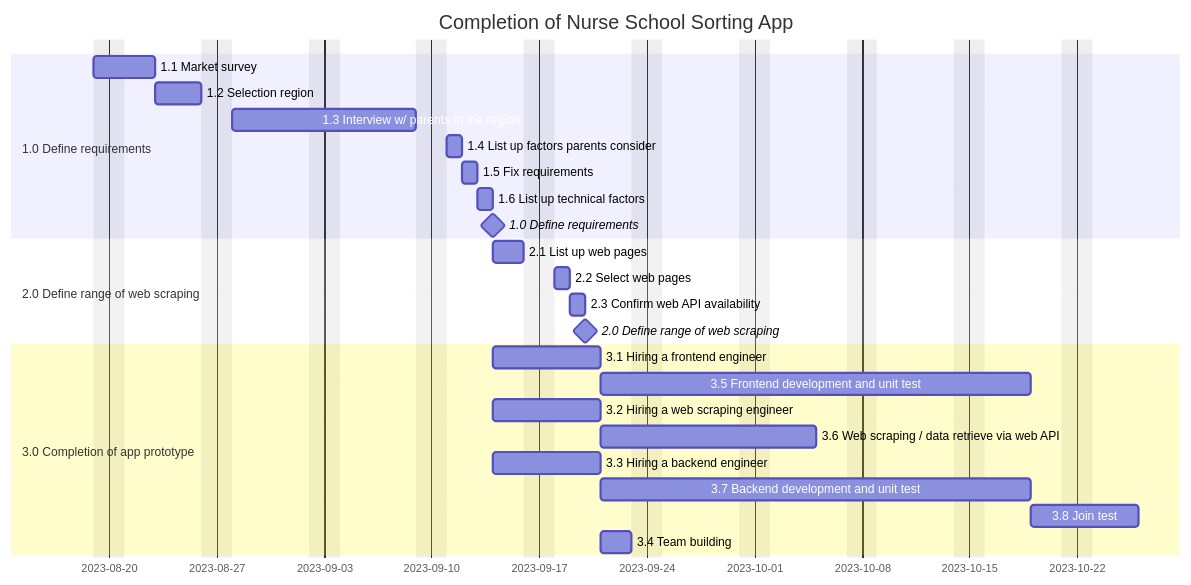
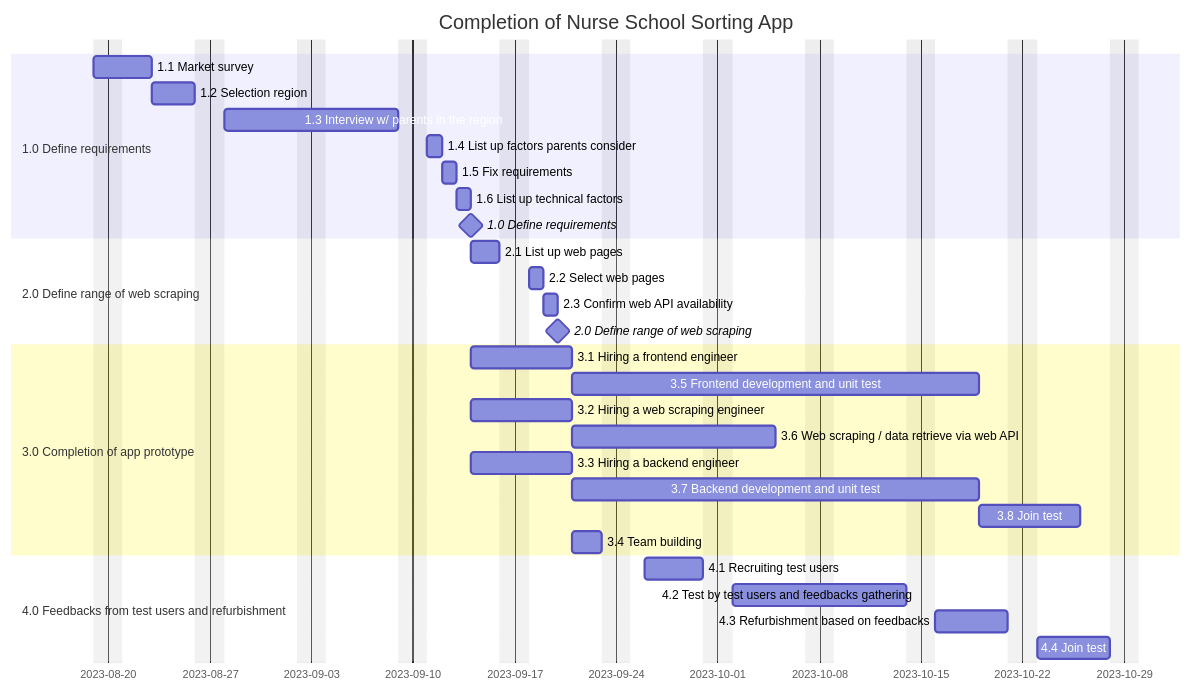
The third of 4 diagrams in README.md (riow1983/Coursera-PMP), drawn with Mermaid before and after one commit.

````diff
--- a/README.md
+++ b/README.md
@@ -166,32 +166,38 @@
 ```mermaid
 gantt
   dateFormat  YYYY-MM-DD
   title       Completion of Nurse School Sorting App
   excludes    weekends
 
   section 1.0 Define requirements
   1.1 Market survey        :2023-08-19, 3d
   1.2 Selection region :3d
   1.3 Interview w/ parents in the region  :10d
   1.4 List up factors parents consider: 1d
   1.5 Fix requirements: 1d
   1.6 List up technical factors: 0.5d
   1.0 Define requirements     :milestone, 0d
 
   section 2.0 Define range of web scraping
   2.1 List up web pages      :2023-09-14, 2d
   2.2 Select web pages      :1d
   2.3 Confirm web API availability     :1d
   2.0 Define range of web scraping: milestone, 0d
 
   section 3.0 Completion of app prototype
   3.1 Hiring a frontend engineer: 2023-09-14, 5d
   3.5 Frontend development and unit test: 20d
   3.2 Hiring a web scraping engineer: 2023-09-14, 5d
   3.6 Web scraping / data retrieve via web API: 10d
   3.3 Hiring a backend engineer: a, 2023-09-14, 5d
   3.7 Backend development and unit test: 20d
   3.8 Join test: 5d
   3.4 Team building: after a, 2d
+
+  section 4.0 Feedbacks from test users and refurbishment
+  4.1 Recruiting test users: 2023-09-26, 4d
+  4.2 Test by test users and feedbacks gathering: 10d
+  4.3 Refurbishment based on feedbacks: 5d
+  4.4 Join test: 5d
   
 ```
````
